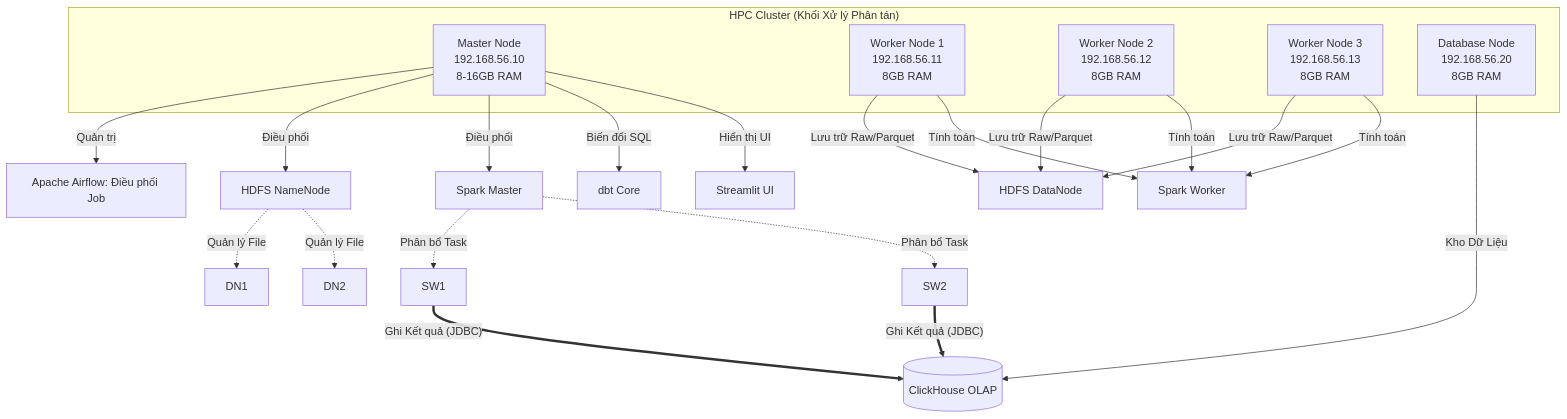
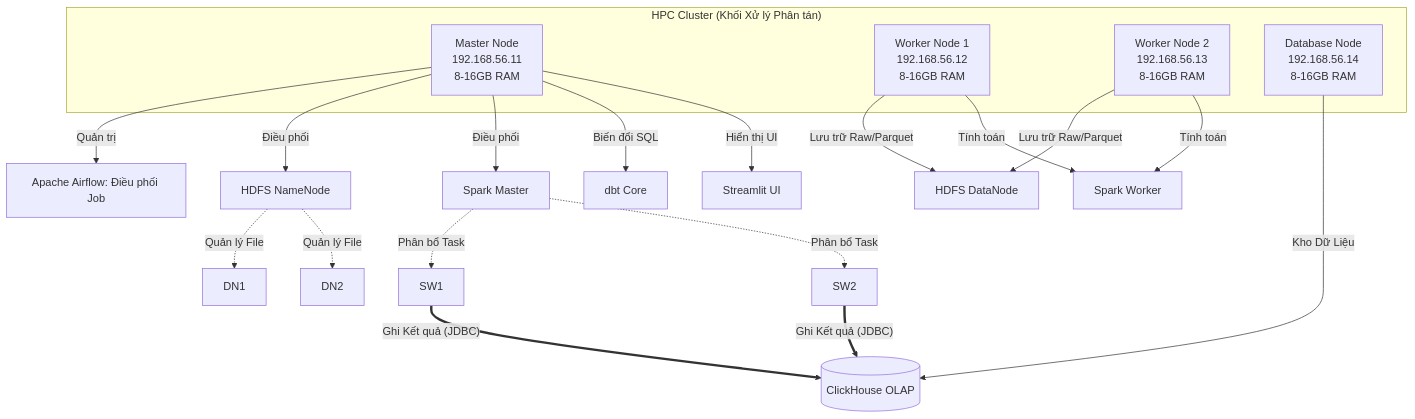
One commit to bi6-cat/Distributed-NLP-Trend-Analysis changed the first of 2 diagrams in docs/architecture_design.md. Above: the diagram before and after it, drawn with Mermaid. The commit also changed other lines of this file and 2 other files, not shown here.

Commit message:
feat(): Update IP for local running test

````diff
--- a/docs/architecture_design.md
+++ b/docs/architecture_design.md
@@ -11,29 +11,28 @@
 ```mermaid
 graph TD
     subgraph "HPC Cluster (Khối Xử lý Phân tán)"
-        M[Master Node<br>192.168.56.10<br>8-16GB RAM]
-        W1[Worker Node 1<br>192.168.56.11<br>8GB RAM]
-        W2[Worker Node 2<br>192.168.56.12<br>8GB RAM]
-        W3[Worker Node 3<br>192.168.56.13<br>8GB RAM]
-        S[Database Node<br>192.168.56.20<br>8GB RAM]
+        M[Master Node<br>192.168.56.11<br>8-16GB RAM]
+        W1[Worker Node 1<br>192.168.56.12<br>8-16GB RAM]
+        W2[Worker Node 2<br>192.168.56.13<br>8-16GB RAM]
+        S[Database Node<br>192.168.56.14<br>8-16GB RAM]
     end
 
     %% Các thành phần con trong Master
     M -->|Quản trị| Airflow[Apache Airflow: Điều phối Job]
     M -->|Điều phối| NN[HDFS NameNode]
     M -->|Điều phối| SM[Spark Master]
     M -->|Biến đổi SQL| DBT[dbt Core]
     M -->|Hiển thị UI| GUI[Streamlit UI]
 
     %% Các thành phần con trong Worker
-    W1 & W2 & W3 -->|Lưu trữ Raw/Parquet| DN[HDFS DataNode]
-    W1 & W2 & W3 -->|Tính toán| SW[Spark Worker]
+    W1 & W2 -->|Lưu trữ Raw/Parquet| DN[HDFS DataNode]
+    W1 & W2 -->|Tính toán| SW[Spark Worker]
 
     %% Các thành phần con trong Storage
     S -->|Kho Dữ Liệu| CH[(ClickHouse OLAP)]
 
     %% Network links
     SM -. Phân bổ Task .-> SW1 & SW2
     NN -. Quản lý File .-> DN1 & DN2
     SW1 & SW2 == "Ghi Kết quả (JDBC)" ==> CH
 ```
````
